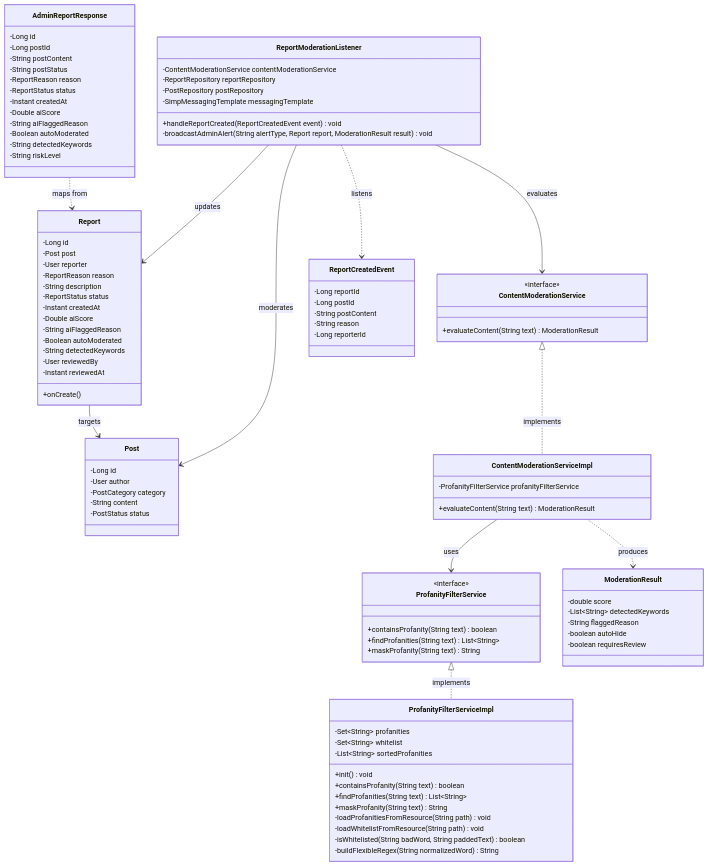
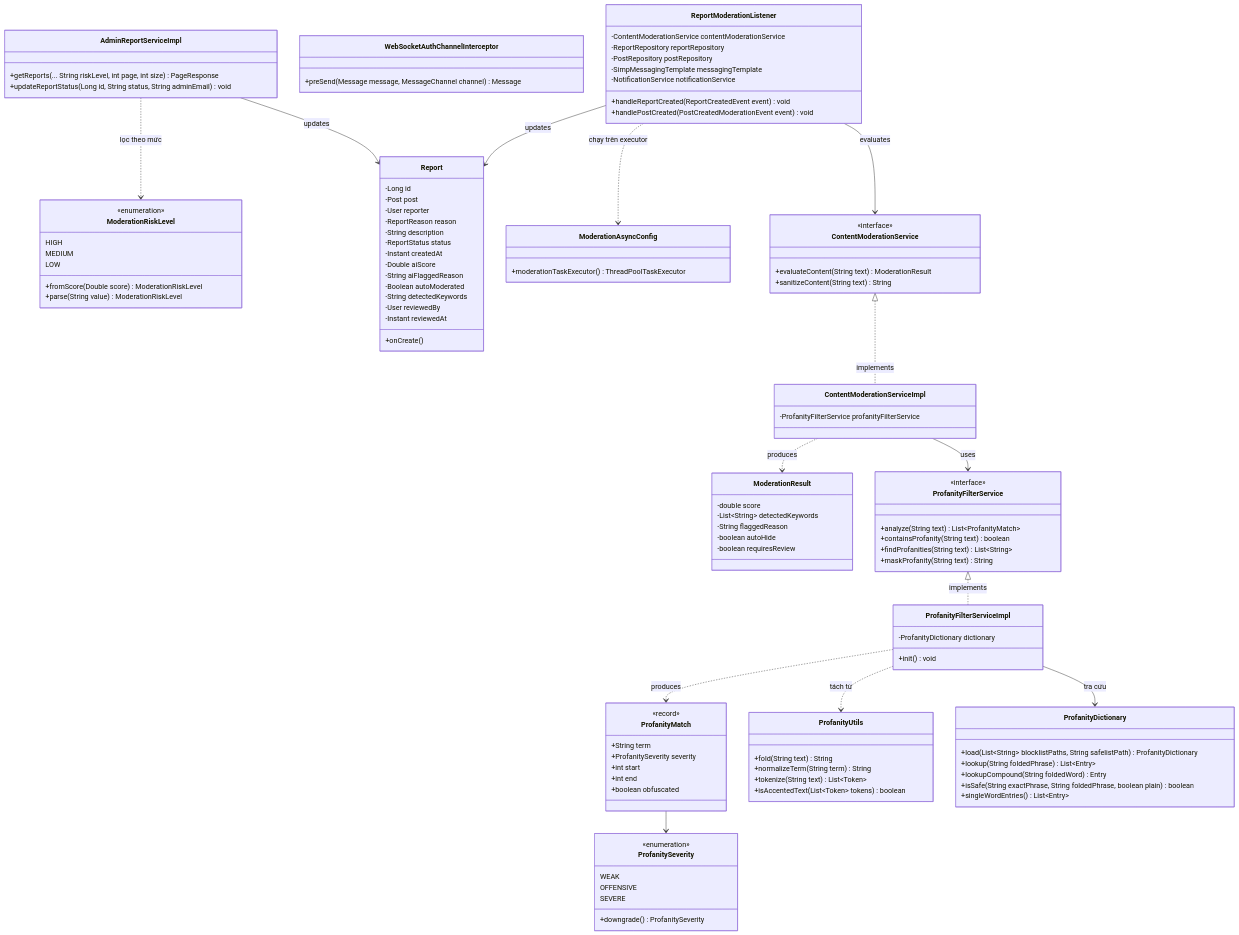
Before and after one commit to Alumnect/Alumnect: the third of 3 diagrams in docs/update_SRS/SRS_UC_123_Automated_Content_Moderation.md, drawn with Mermaid. The commit also changed other lines of this file and 49 other files, not shown here.

````diff
--- a/docs/update_SRS/SRS_UC_123_Automated_Content_Moderation.md
+++ b/docs/update_SRS/SRS_UC_123_Automated_Content_Moderation.md
@@ -203,43 +248,68 @@
         +onCreate()
     }
 
-    class Post {
-        -Long id
-        -User author
-        -PostCategory category
-        -String content
-        -PostStatus status
+    class ProfanitySeverity {
+        <<enumeration>>
+        WEAK
+        OFFENSIVE
+        SEVERE
+        +downgrade() ProfanitySeverity
+    }
+
+    class ModerationRiskLevel {
+        <<enumeration>>
+        HIGH
+        MEDIUM
+        LOW
+        +fromScore(Double score) ModerationRiskLevel
+        +parse(String value) ModerationRiskLevel
+    }
+
+    class ProfanityUtils {
+        +fold(String text) String
+        +normalizeTerm(String term) String
+        +tokenize(String text) List~Token~
+        +isAccentedText(List~Token~ tokens) boolean
+    }
+
+    class ProfanityMatch {
+        <<record>>
+        +String term
+        +ProfanitySeverity severity
+        +int start
+        +int end
+        +boolean obfuscated
+    }
+
+    class ProfanityDictionary {
+        +load(List~String~ blocklistPaths, String safelistPath) ProfanityDictionary
+        +lookup(String foldedPhrase) List~Entry~
+        +lookupCompound(String foldedWord) Entry
+        +isSafe(String exactPhrase, String foldedPhrase, boolean plain) boolean
+        +singleWordEntries() List~Entry~
     }
 
     class ProfanityFilterService {
         <<interface>>
+        +analyze(String text) List~ProfanityMatch~
         +containsProfanity(String text) boolean
         +findProfanities(String text) List~String~
         +maskProfanity(String text) String
     }
 
     class ProfanityFilterServiceImpl {
-        -Set~String~ profanities
-        -Set~String~ whitelist
-        -List~String~ sortedProfanities
+        -ProfanityDictionary dictionary
         +init() void
-        +containsProfanity(String text) boolean
-        +findProfanities(String text) List~String~
-        +maskProfanity(String text) String
-        -loadProfanitiesFromResource(String path) void
-        -loadWhitelistFromResource(String path) void
-        -isWhitelisted(String badWord, String paddedText) boolean
-        -buildFlexibleRegex(String normalizedWord) String
     }
 
     class ContentModerationService {
         <<interface>>
         +evaluateContent(String text) ModerationResult
+        +sanitizeContent(String text) String
     }
 
     class ContentModerationServiceImpl {
         -ProfanityFilterService profanityFilterService
-        +evaluateContent(String text) ModerationResult
     }
 
     class ModerationResult {
@@ -255,41 +325,35 @@
         -ReportRepository reportRepository
         -PostRepository postRepository
         -SimpMessagingTemplate messagingTemplate
+        -NotificationService notificationService
         +handleReportCreated(ReportCreatedEvent event) void
-        -broadcastAdminAlert(String alertType, Report report, ModerationResult result) void
+        +handlePostCreated(PostCreatedModerationEvent event) void
     }
 
-    class ReportCreatedEvent {
-        -Long reportId
-        -Long postId
-        -String postContent
-        -String reason
-        -Long reporterId
+    class ModerationAsyncConfig {
+        +moderationTaskExecutor() ThreadPoolTaskExecutor
     }
 
-    class AdminReportResponse {
-        -Long id
-        -Long postId
-        -String postContent
-        -String postStatus
-        -ReportReason reason
-        -ReportStatus status
-        -Instant createdAt
-        -Double aiScore
-        -String aiFlaggedReason
-        -Boolean autoModerated
-        -String detectedKeywords
-        -String riskLevel
+    class WebSocketAuthChannelInterceptor {
+        +preSend(Message message, MessageChannel channel) Message
+    }
+
+    class AdminReportServiceImpl {
+        +getReports(... String riskLevel, int page, int size) PageResponse
+        +updateReportStatus(Long id, String status, String adminEmail) void
     }
 
     ProfanityFilterService <|.. ProfanityFilterServiceImpl : implements
     ContentModerationService <|.. ContentModerationServiceImpl : implements
+    ProfanityFilterServiceImpl --> ProfanityDictionary : tra cứu
+    ProfanityFilterServiceImpl ..> ProfanityUtils : tách từ
+    ProfanityFilterServiceImpl ..> ProfanityMatch : produces
+    ProfanityMatch --> ProfanitySeverity
     ContentModerationServiceImpl --> ProfanityFilterService : uses
     ContentModerationServiceImpl ..> ModerationResult : produces
     ReportModerationListener --> ContentModerationService : evaluates
-    ReportModerationListener ..> ReportCreatedEvent : listens
+    ReportModerationListener ..> ModerationAsyncConfig : chạy trên executor
     ReportModerationListener --> Report : updates
-    ReportModerationListener --> Post : moderates
-    Report --> Post : targets
-    AdminReportResponse ..> Report : maps from
+    AdminReportServiceImpl --> Report : updates
+    AdminReportServiceImpl ..> ModerationRiskLevel : lọc theo mức
 ```
````
